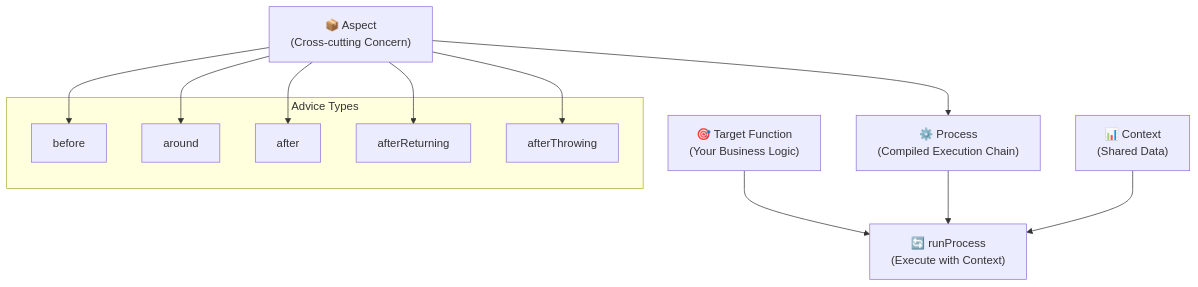
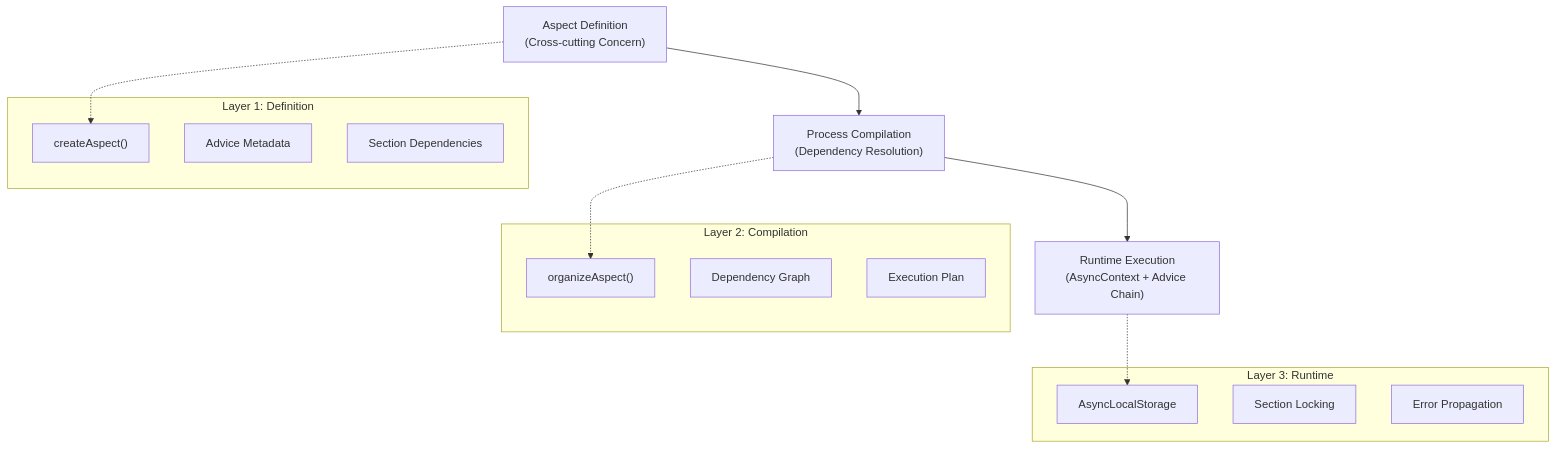
Before and after one commit to h1ylabs/next-loader: the first of 4 diagrams in packages/promise-aop/README.md, drawn with Mermaid. The commit also changed other lines of this file and 18 other files, not shown here.

````diff
--- a/packages/promise-aop/README.md
+++ b/packages/promise-aop/README.md
@@ -13,27 +47,31 @@
 ```mermaid
 flowchart TD
-    A["🎯 Target Function<br/>(Your Business Logic)"]
-    B["📦 Aspect<br/>(Cross-cutting Concern)"]
-    C["⚙️ Process<br/>(Compiled Execution Chain)"]
-    D["🔄 runProcess<br/>(Execute with Context)"]
-    E["📊 Context<br/>(Shared Data)"]
+    A["Aspect Definition<br/>(Cross-cutting Concern)"]
+    B["Process Compilation<br/>(Dependency Resolution)"]
+    C["Runtime Execution<br/>(AsyncContext + Advice Chain)"]
 
+    A --> B
     B --> C
-    A --> D
-    C --> D
-    E --> D
 
-    subgraph "Advice Types"
-        F["before"]
-        G["around"]
-        H["after"]
-        I["afterReturning"]
-        J["afterThrowing"]
+    subgraph "Layer 1: Definition"
+        D["createAspect()"]
+        E["Advice Metadata"]
+        F["Section Dependencies"]
     end
 
-    B --> F
-    B --> G
-    B --> H
-    B --> I
-    B --> J
+    subgraph "Layer 2: Compilation"
+        G["organizeAspect()"]
+        H["Dependency Graph"]
+        I["Execution Plan"]
+    end
+
+    subgraph "Layer 3: Runtime"
+        J["AsyncLocalStorage"]
+        K["Section Locking"]
+        L["Error Propagation"]
+    end
+
+    A -.-> D
+    B -.-> G
+    C -.-> J
 ```
````
